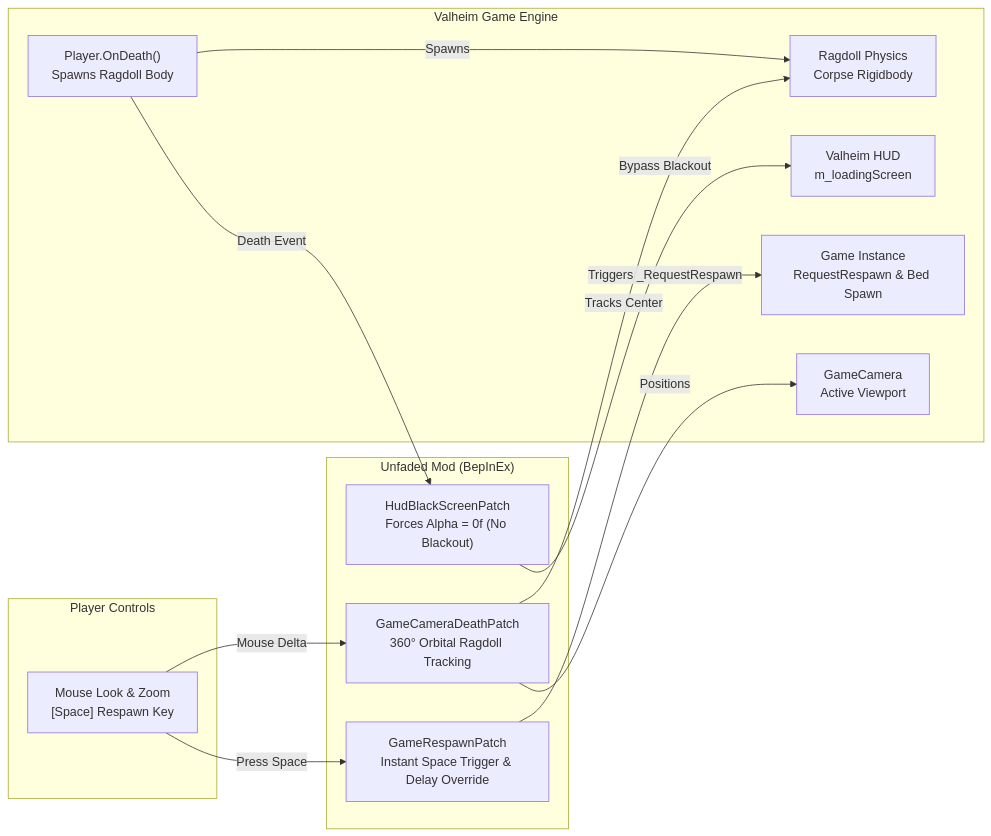
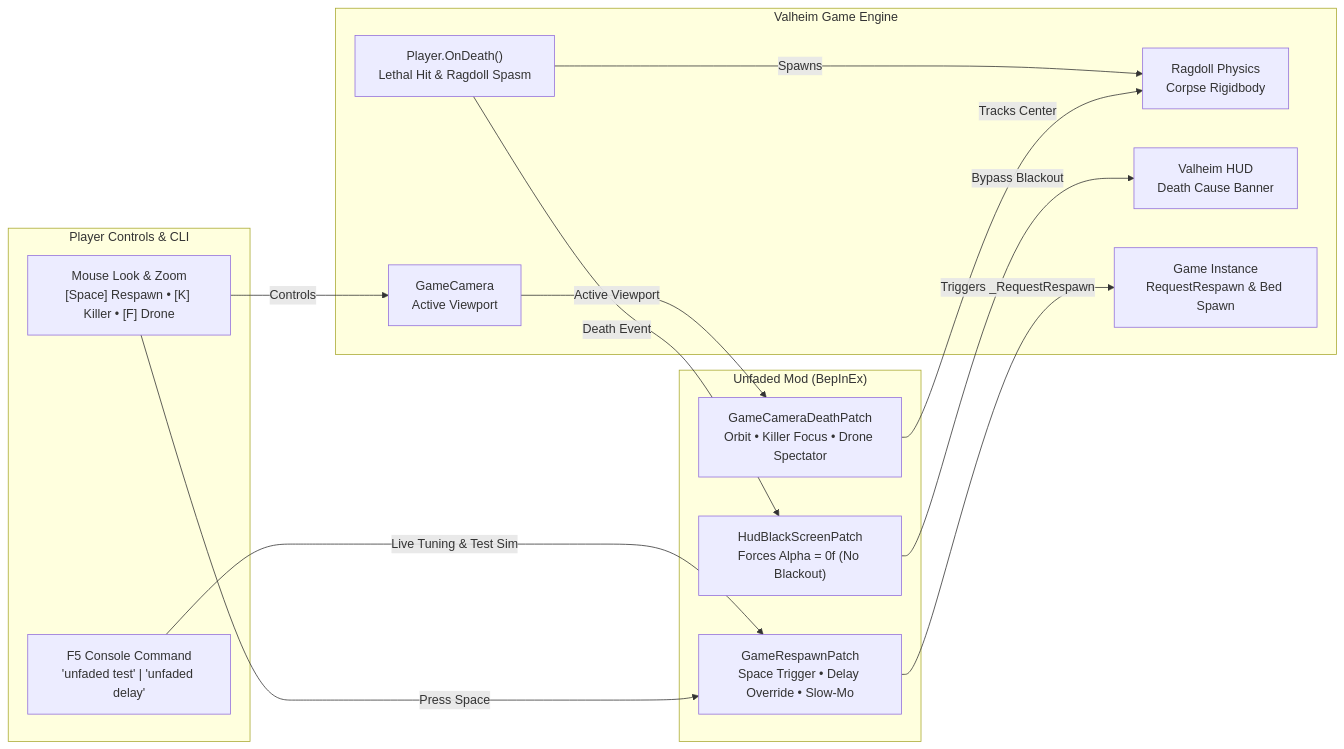
Before and after one commit to djcdevelopment/deepnorthtesting: the diagram in plugins/Unfaded/README.md, drawn with Mermaid. The commit also changed other lines of this file and 8 other files, not shown here.

Commit message:
feat(Unfaded): add Killer Cam, Slow-Mo, Free-Fly Drone, and CLI command

````diff
--- a/plugins/Unfaded/README.md
+++ b/plugins/Unfaded/README.md
@@ -44,31 +61,33 @@
 ```mermaid
 flowchart LR
-    subgraph Input ["Player Controls"]
-        PInput["Mouse Look & Zoom<br/>[Space] Respawn Key"]
+    subgraph Input ["Player Controls & CLI"]
+        PInput["Mouse Look & Zoom<br/>[Space] Respawn • [K] Killer • [F] Drone"]
+        Console["F5 Console Command<br/>'unfaded test' | 'unfaded delay'"]
     end
 
     subgraph Valheim ["Valheim Game Engine"]
-        PDeath["Player.OnDeath()<br/>Spawns Ragdoll Body"]
+        PDeath["Player.OnDeath()<br/>Lethal Hit & Ragdoll Spasm"]
         Ragdoll["Ragdoll Physics<br/>Corpse Rigidbody"]
-        VHUD["Valheim HUD<br/>m_loadingScreen"]
+        VHUD["Valheim HUD<br/>Death Cause Banner"]
         VGame["Game Instance<br/>RequestRespawn & Bed Spawn"]
         Cam["GameCamera<br/>Active Viewport"]
     end
 
     subgraph Unfaded ["Unfaded Mod (BepInEx)"]
         HGuard["HudBlackScreenPatch<br/>Forces Alpha = 0f (No Blackout)"]
-        COrbit["GameCameraDeathPatch<br/>360° Orbital Ragdoll Tracking"]
-        RController["GameRespawnPatch<br/>Instant Space Trigger & Delay Override"]
+        COrbit["GameCameraDeathPatch<br/>Orbit • Killer Focus • Drone Spectator"]
+        RController["GameRespawnPatch<br/>Space Trigger • Delay Override • Slow-Mo"]
     end
 
     PDeath -->|Death Event| HGuard
+    HGuard -->|Bypass Blackout| VHUD
     PDeath -->|Spawns| Ragdoll
-    HGuard -->|Bypass Blackout| VHUD
     
-    PInput -->|Mouse Delta| COrbit
+    PInput -->|Controls| Cam
+    Cam -->|Active Viewport| COrbit
     COrbit -->|Tracks Center| Ragdoll
-    COrbit -->|Positions| Cam
 
+    Console -->|Live Tuning & Test Sim| RController
     PInput -->|Press Space| RController
     RController -->|Triggers _RequestRespawn| VGame
 ```
````
